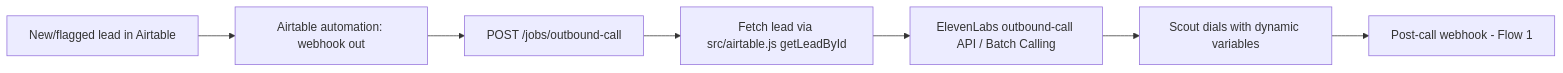
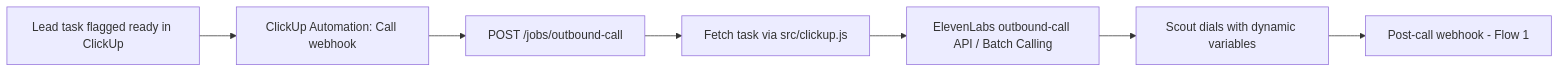
One commit to ontiverosj/agents changed the second of 2 diagrams in obsidian/ElevenLabs Agents/10 - Automations & Webhooks.md. Above: the diagram before and after it, drawn with Mermaid. The commit also changed other lines of this file and 17 other files, not shown here.

````diff
--- a/obsidian/ElevenLabs Agents/10 - Automations & Webhooks.md
+++ b/obsidian/ElevenLabs Agents/10 - Automations & Webhooks.md
@@ -36,9 +37,9 @@
 ```mermaid
 flowchart LR
-    A[New/flagged lead in Airtable] --> B[Airtable automation: webhook out]
+    A[Lead task flagged ready in ClickUp] --> B[ClickUp Automation: Call webhook]
     B --> C["POST /jobs/outbound-call"]
-    C --> D[Fetch lead via src/airtable.js getLeadById]
+    C --> D[Fetch task via src/clickup.js]
     D --> E[ElevenLabs outbound-call API / Batch Calling]
     E --> F[Scout dials with dynamic variables]
     F --> G[Post-call webhook - Flow 1]
 ```
````
